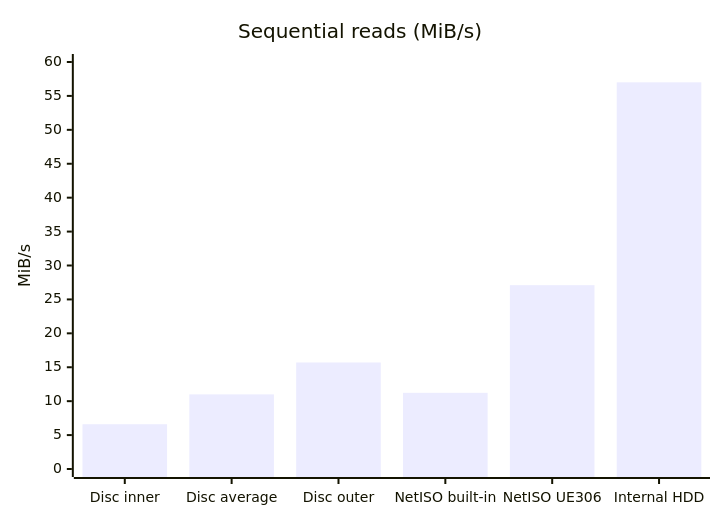
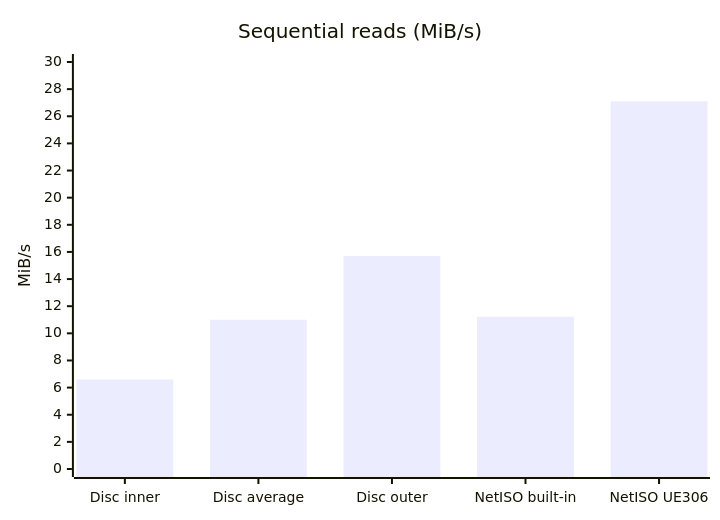
Before and after one commit to marcusisdahl/FastFTP360: the diagram in docs/READ-RESULTS.md, drawn with Mermaid. The commit also changed other lines of this file and 1 other file, not shown here.

First line of the commit message:
README: show the NetISO vs disc comparison; drop the internal HDD row

````diff
--- a/docs/READ-RESULTS.md
+++ b/docs/READ-RESULTS.md
@@ -27,7 +26,7 @@
 ```mermaid
 xychart-beta
     title "Sequential reads (MiB/s)"
-    x-axis ["Disc inner", "Disc average", "Disc outer", "NetISO built-in", "NetISO UE306", "Internal HDD"]
-    y-axis "MiB/s" 0 --> 60
-    bar [6.6, 11, 15.7, 11.23, 27.10, 57]
+    x-axis ["Disc inner", "Disc average", "Disc outer", "NetISO built-in", "NetISO UE306"]
+    y-axis "MiB/s" 0 --> 30
+    bar [6.6, 11, 15.7, 11.23, 27.10]
 ```
````
